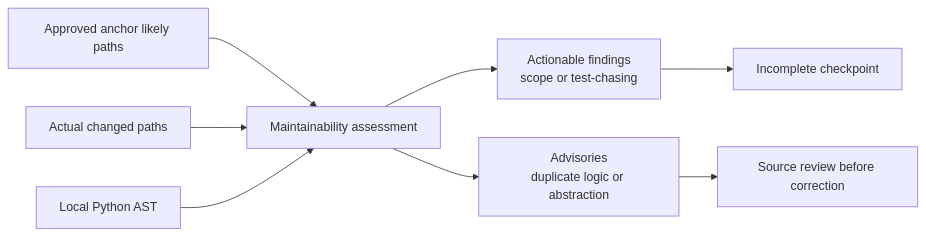
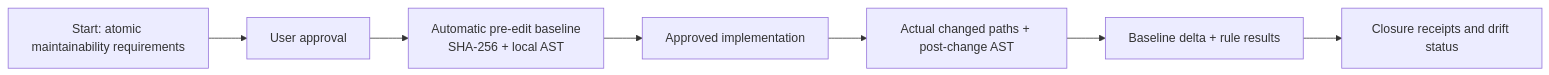
One commit to vishrutsinghal/tailr changed the fourth of 6 diagrams in tailtrail-implementation-backlog.md. Above: the diagram before and after it, drawn with Mermaid. The commit also changed other lines of this file and 38 other files, not shown here.

````diff
--- a/tailtrail-implementation-backlog.md
+++ b/tailtrail-implementation-backlog.md
@@ -877,10 +925,9 @@
 ```mermaid
 flowchart LR
-    A["Approved anchor likely paths"] --> D["Maintainability assessment"]
-    B["Actual changed paths"] --> D
-    C["Local Python AST"] --> D
-    D --> E["Actionable findings\nscope or test-chasing"]
-    D --> F["Advisories\nduplicate logic or abstraction"]
-    E --> G["Incomplete checkpoint"]
-    F --> H["Source review before correction"]
+    A["Start: atomic maintainability requirements"] --> B["User approval"]
+    B --> C["Automatic pre-edit baseline\nSHA-256 + local AST"]
+    C --> D["Approved implementation"]
+    D --> E["Actual changed paths + post-change AST"]
+    E --> F["Baseline delta + rule results"]
+    F --> G["Closure receipts and drift status"]
 ```
````
